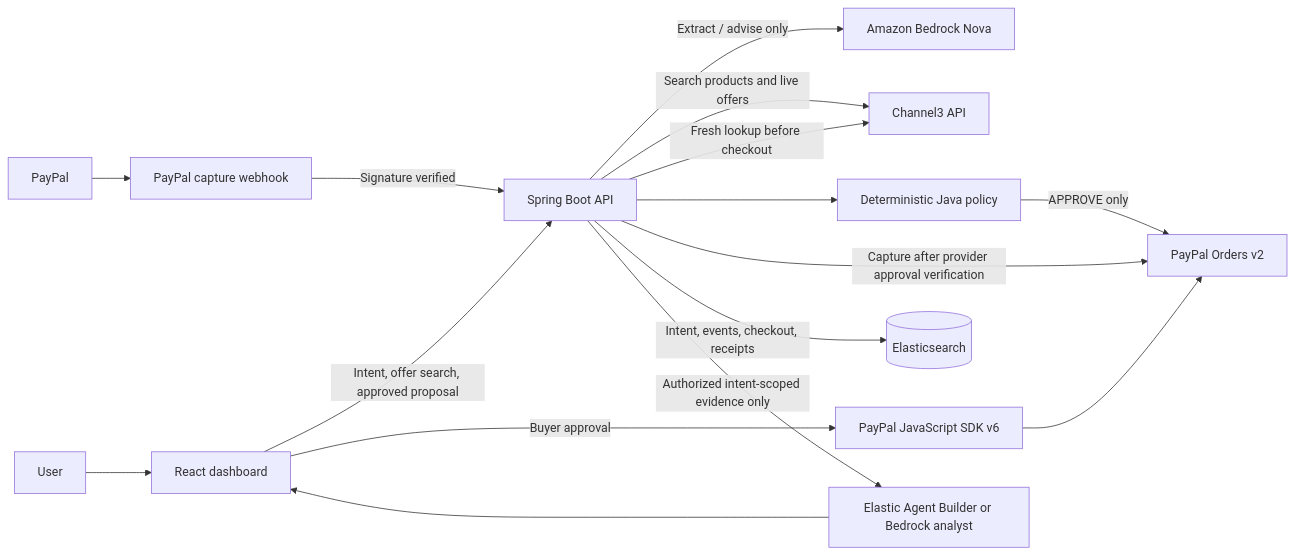
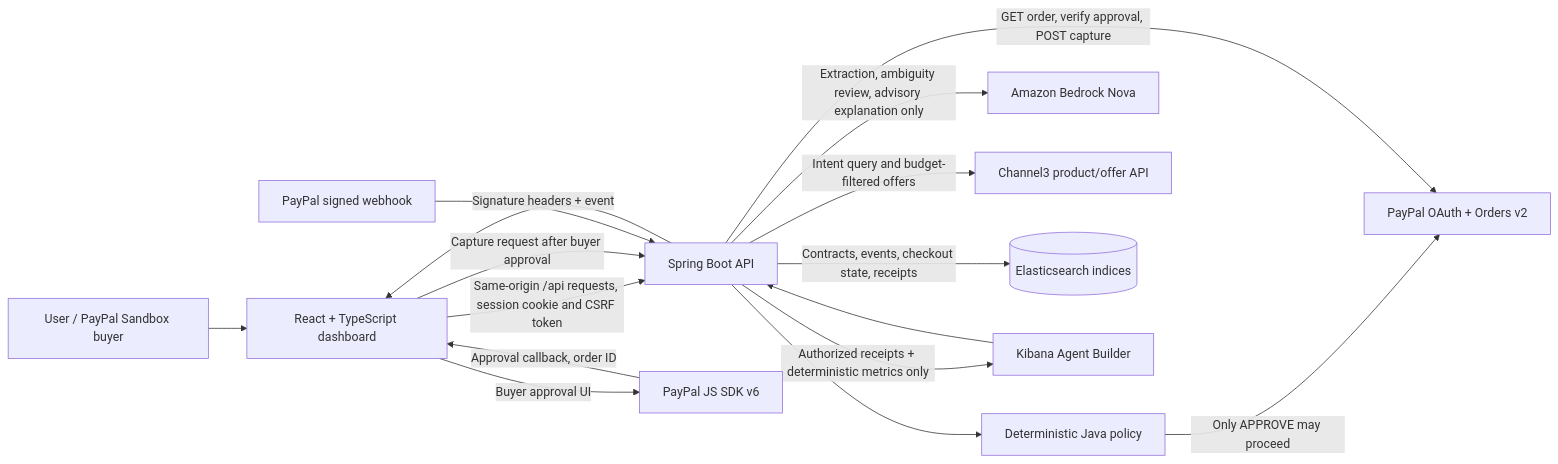
Before and after one commit to aashanashanu/intent-os: the first of 4 diagrams in docs/architecture.md, drawn with Mermaid. The commit also changed other lines of this file and 1 other file, not shown here.

Commit message:
Document architecture and project flows

````diff
--- a/docs/architecture.md
+++ b/docs/architecture.md
@@ -3,18 +7,30 @@
 ```mermaid
 flowchart LR
-    Human[User] --> UI[React dashboard]
-    UI -->|Intent, offer search, approved proposal| API[Spring Boot API]
-    API -->|Extract / advise only| Bedrock[Amazon Bedrock Nova]
-    API -->|Search products and live offers| C3[Channel3 API]
-    API -->|Fresh lookup before checkout| C3
-    API --> Policy[Deterministic Java policy]
-    Policy -->|APPROVE only| Orders[PayPal Orders v2]
-    UI -->|Buyer approval| PayPalJS[PayPal JavaScript SDK v6]
-    PayPalJS --> Orders
-    API -->|Capture after provider approval verification| Orders
-    PayPal --> Webhook[PayPal capture webhook]
-    Webhook -->|Signature verified| API
-    API -->|Intent, events, checkout, receipts| ES[(Elasticsearch)]
-    API -->|Authorized intent-scoped evidence only| Analyst[Elastic Agent Builder or Bedrock analyst]
-    Analyst --> UI
+    Person[User / PayPal Sandbox buyer]
+    Browser[React + TypeScript dashboard]
+    Api[Spring Boot API]
+    JavaPolicy[Deterministic Java policy]
+    Bedrock[Amazon Bedrock Nova]
+    Channel3[Channel3 product/offer API]
+    PayPalOrders[PayPal OAuth + Orders v2]
+    PayPalSDK[PayPal JS SDK v6]
+    PayPalWebhook[PayPal signed webhook]
+    Elasticsearch[(Elasticsearch indices)]
+    Kibana[Kibana Agent Builder]
+
+    Person --> Browser
+    Browser -->|Same-origin /api requests, session cookie and CSRF token| Api
+    Api -->|Extraction, ambiguity review, advisory explanation only| Bedrock
+    Api -->|Intent query and budget-filtered offers| Channel3
+    Api --> JavaPolicy
+    JavaPolicy -->|Only APPROVE may proceed| PayPalOrders
+    Browser -->|Buyer approval UI| PayPalSDK
+    PayPalSDK -->|Approval callback, order ID| Browser
+    Browser -->|Capture request after buyer approval| Api
+    Api -->|GET order, verify approval, POST capture| PayPalOrders
+    PayPalWebhook -->|Signature headers + event| Api
+    Api -->|Contracts, events, checkout state, receipts| Elasticsearch
+    Api -->|Authorized receipts + deterministic metrics only| Kibana
+    Kibana --> Api
+    Api --> Browser
 ```
````
